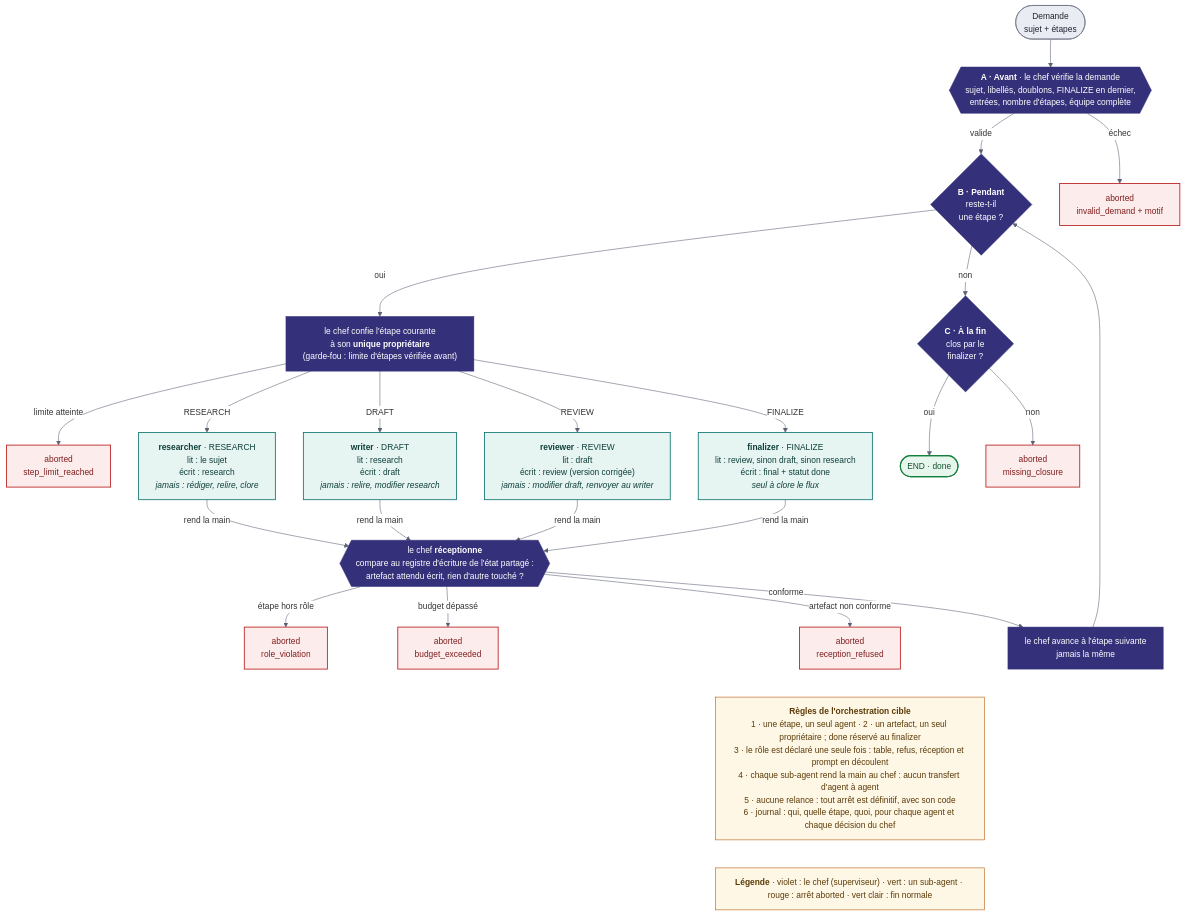
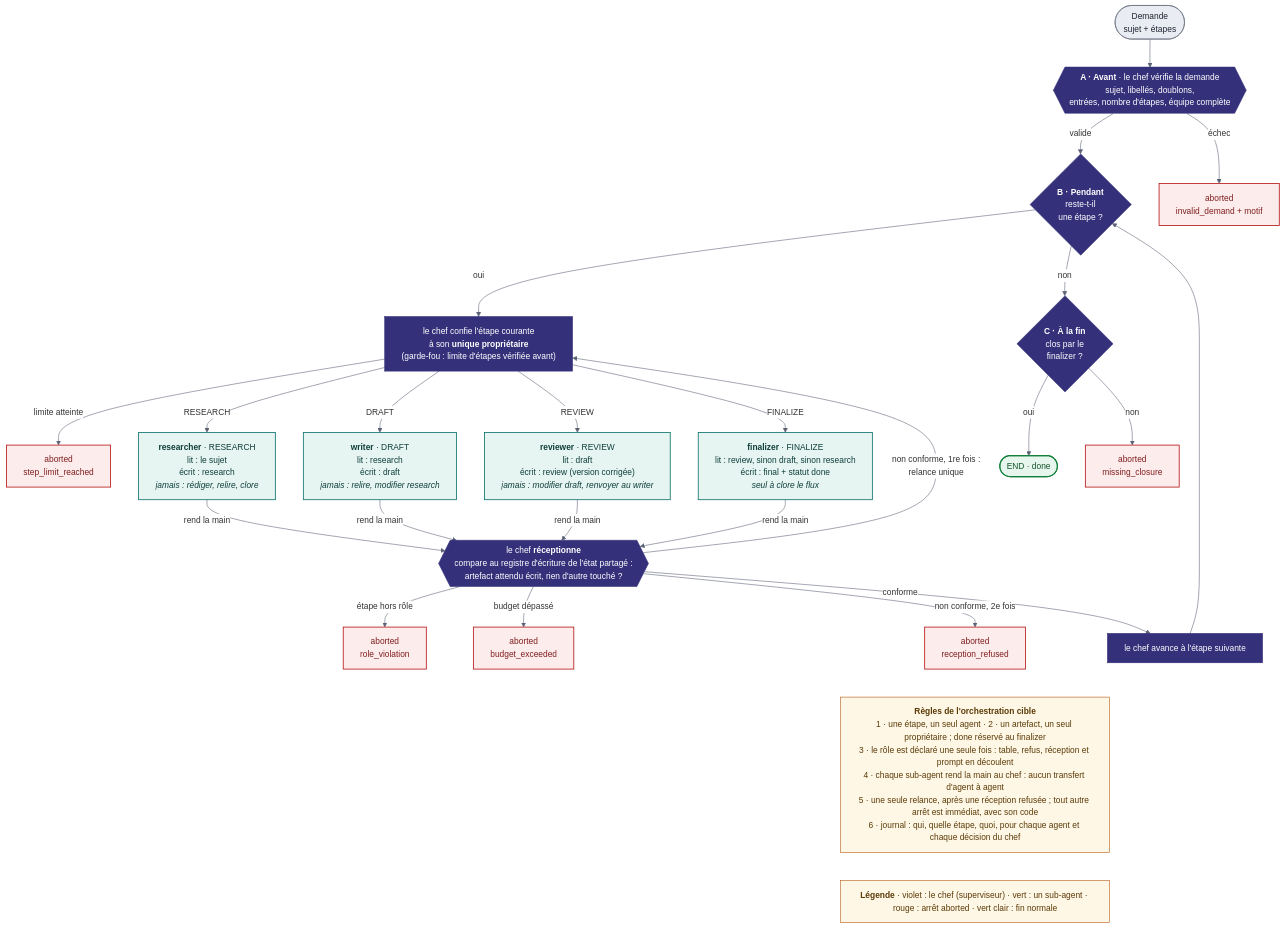
The diagram in doc/livrable_conception/schemas/cible_roles_et_flux.mmd (Bealph/kaldera-team-ko), drawn with Mermaid before and after one commit. The commit also changed 24 other files, not shown here.

```diff
--- a/doc/livrable_conception/schemas/cible_roles_et_flux.mmd
+++ b/doc/livrable_conception/schemas/cible_roles_et_flux.mmd
@@ -1,40 +1,41 @@
 %%{init: {"theme": "base", "themeVariables": {"fontFamily": "Arial", "fontSize": "15px", "lineColor": "#5B6275", "edgeLabelBackground": "#FFFFFF"}, "flowchart": {"wrappingWidth": 420}}}%%
 flowchart TD
-  A(["Demande<br/>sujet + étapes"]):::io --> V{{"<b>A · Avant</b> · le chef vérifie la demande<br/>sujet, libellés, doublons, FINALIZE en dernier,<br/>entrées, nombre d'étapes, équipe complète"}}:::orch
+  A(["Demande<br/>sujet + étapes"]):::io --> V{{"<b>A · Avant</b> · le chef vérifie la demande<br/>sujet, libellés, doublons,<br/>entrées, nombre d'étapes, équipe complète"}}:::orch
   V -- "valide" --> G{"<b>B · Pendant</b><br/>reste-t-il<br/>une étape ?"}:::orch
   G -- "oui" --> D["le chef confie l'étape courante<br/>à son <b>unique propriétaire</b><br/>(garde-fou : limite d'étapes vérifiée avant)"]:::orch
   D -- "limite atteinte" --> X5["aborted<br/>step_limit_reached"]:::stop
 
   D -- "RESEARCH" --> R["<b>researcher</b> · RESEARCH<br/>lit : le sujet<br/>écrit : research<br/><i>jamais : rédiger, relire, clore</i>"]:::agent
   D -- "DRAFT" --> W["<b>writer</b> · DRAFT<br/>lit : research<br/>écrit : draft<br/><i>jamais : relire, modifier research</i>"]:::agent
   D -- "REVIEW" --> RV["<b>reviewer</b> · REVIEW<br/>lit : draft<br/>écrit : review (version corrigée)<br/><i>jamais : modifier draft, renvoyer au writer</i>"]:::agent
   D -- "FINALIZE" --> F["<b>finalizer</b> · FINALIZE<br/>lit : review, sinon draft, sinon research<br/>écrit : final + statut done<br/><i>seul à clore le flux</i>"]:::agent
 
   R -- "rend la main" --> RC
   W -- "rend la main" --> RC
   RV -- "rend la main" --> RC
   F -- "rend la main" --> RC
   RC{{"le chef <b>réceptionne</b><br/>compare au registre d'écriture de l'état partagé :<br/>artefact attendu écrit, rien d'autre touché ?"}}:::orch
 
   RC -- "étape hors rôle" --> X2["aborted<br/>role_violation"]:::stop
   RC -- "budget dépassé" --> X3["aborted<br/>budget_exceeded"]:::stop
-  RC -- "artefact non conforme" --> X4["aborted<br/>reception_refused"]:::stop
-  RC -- "conforme" --> AV["le chef avance à l'étape suivante<br/>jamais la même"]:::orch
+  RC -- "non conforme, 2e fois" --> X4["aborted<br/>reception_refused"]:::stop
+  RC -- "conforme" --> AV["le chef avance à l'étape suivante"]:::orch
+  RC -- "non conforme, 1re fois :<br/>relance unique" --> D
   AV --> G
 
   G -- "non" --> E{"<b>C · À la fin</b><br/>clos par le<br/>finalizer ?"}:::orch
   E -- "oui" --> END(["END · done"]):::ok
   E -- "non" --> X6["aborted<br/>missing_closure"]:::stop
   V -- "échec" --> X1["aborted<br/>invalid_demand + motif"]:::stop
 
-  REG["<b>Règles de l'orchestration cible</b><br/>1 · une étape, un seul agent · 2 · un artefact, un seul propriétaire ; done réservé au finalizer<br/>3 · le rôle est déclaré une seule fois : table, refus, réception et prompt en découlent<br/>4 · chaque sub-agent rend la main au chef : aucun transfert d'agent à agent<br/>5 · aucune relance : tout arrêt est définitif, avec son code<br/>6 · journal : qui, quelle étape, quoi, pour chaque agent et chaque décision du chef"]:::note
+  REG["<b>Règles de l'orchestration cible</b><br/>1 · une étape, un seul agent · 2 · un artefact, un seul propriétaire ; done réservé au finalizer<br/>3 · le rôle est déclaré une seule fois : table, refus, réception et prompt en découlent<br/>4 · chaque sub-agent rend la main au chef : aucun transfert d'agent à agent<br/>5 · une seule relance, après une réception refusée ; tout autre arrêt est immédiat, avec son code<br/>6 · journal : qui, quelle étape, quoi, pour chaque agent et chaque décision du chef"]:::note
   LEG["<b>Légende</b> · violet : le chef (superviseur) · vert : un sub-agent · rouge : arrêt aborted · vert clair : fin normale"]:::note
   X4 ~~~ REG
   REG ~~~ LEG
 
   classDef orch fill:#34307A,stroke:#34307A,color:#FFFFFF
   classDef agent fill:#E6F4F2,stroke:#0F766E,color:#0F3F3A,stroke-width:1.5px
   classDef stop fill:#FDECEC,stroke:#B91C1C,color:#7F1D1D,stroke-width:1.5px
   classDef ok fill:#E7F6EC,stroke:#15803D,color:#14532D,stroke-width:2px
   classDef io fill:#E9ECF2,stroke:#6B7280,color:#1F2330
   classDef note fill:#FFF7E6,stroke:#B45309,color:#5A3A06
```
